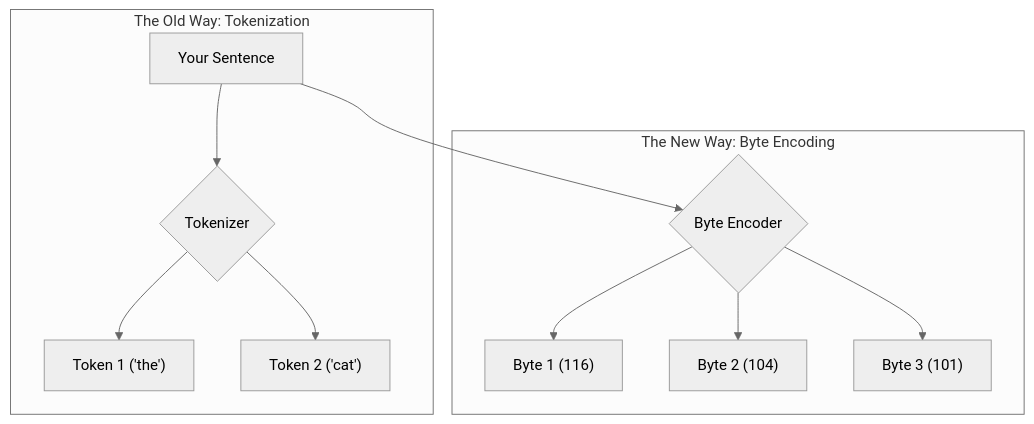
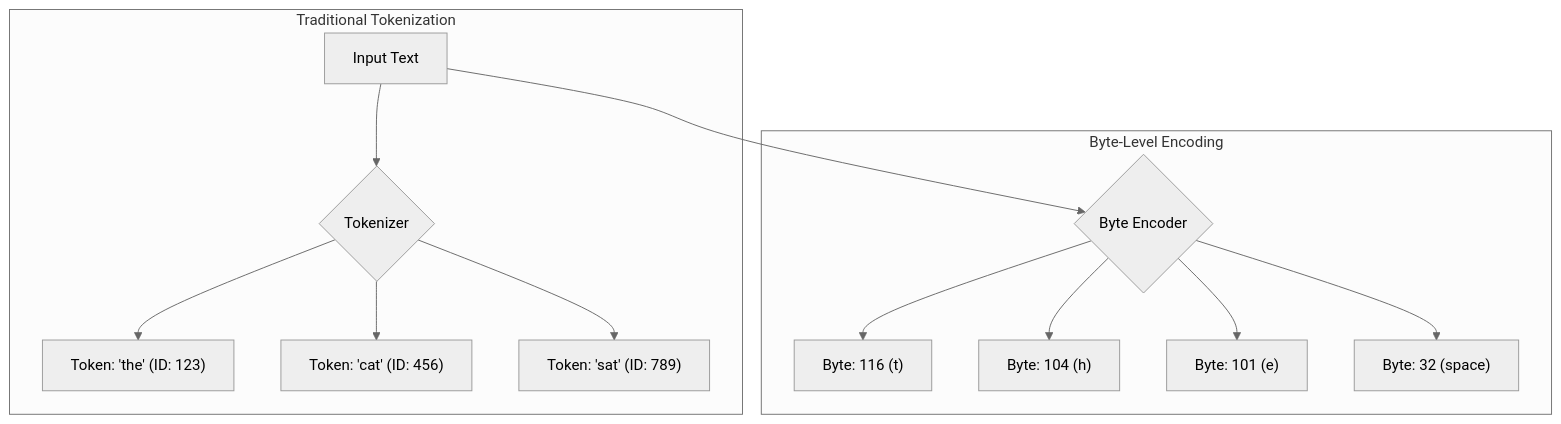
One commit to eltay89/eltay89.github.io changed the first of 4 diagrams in _posts/2025-08-22-analyzing-bytes-for-llms.md. Above: the diagram before and after it, drawn with Mermaid (neutral theme). The commit also changed other lines of this file, not shown here.

````diff
--- a/_posts/2025-08-22-analyzing-bytes-for-llms.md
+++ b/_posts/2025-08-22-analyzing-bytes-for-llms.md
@@ -29,15 +31,16 @@
 ```mermaid
 graph TD
-    subgraph "The Old Way: Tokenization"
-        A["Your Sentence"] --> B{"Tokenizer"};
-        B --> C["Token 1 ('the')"];
-        B --> D["Token 2 ('cat')"];
+    subgraph "Traditional Tokenization"
+        Input["Input Text"] --> Tokenizer{"Tokenizer"};
+        Tokenizer --> Token1["Token: 'the' (ID: 123)"];
+        Tokenizer --> Token2["Token: 'cat' (ID: 456)"];
+        Tokenizer --> Token3["Token: 'sat' (ID: 789)"];
     end
-
-    subgraph "The New Way: Byte Encoding"
-        A --> F{"Byte Encoder"};
-        F --> G["Byte 1 (116)"];
-        F --> H["Byte 2 (104)"];
-        F --> I["Byte 3 (101)"];
+    subgraph "Byte-Level Encoding"
+        Input --> Encoder{"Byte Encoder"};
+        Encoder --> Byte1["Byte: 116 (t)"];
+        Encoder --> Byte2["Byte: 104 (h)"];
+        Encoder --> Byte3["Byte: 101 (e)"];
+        Encoder --> Byte4["Byte: 32 (space)"];
     end
 ```
````
